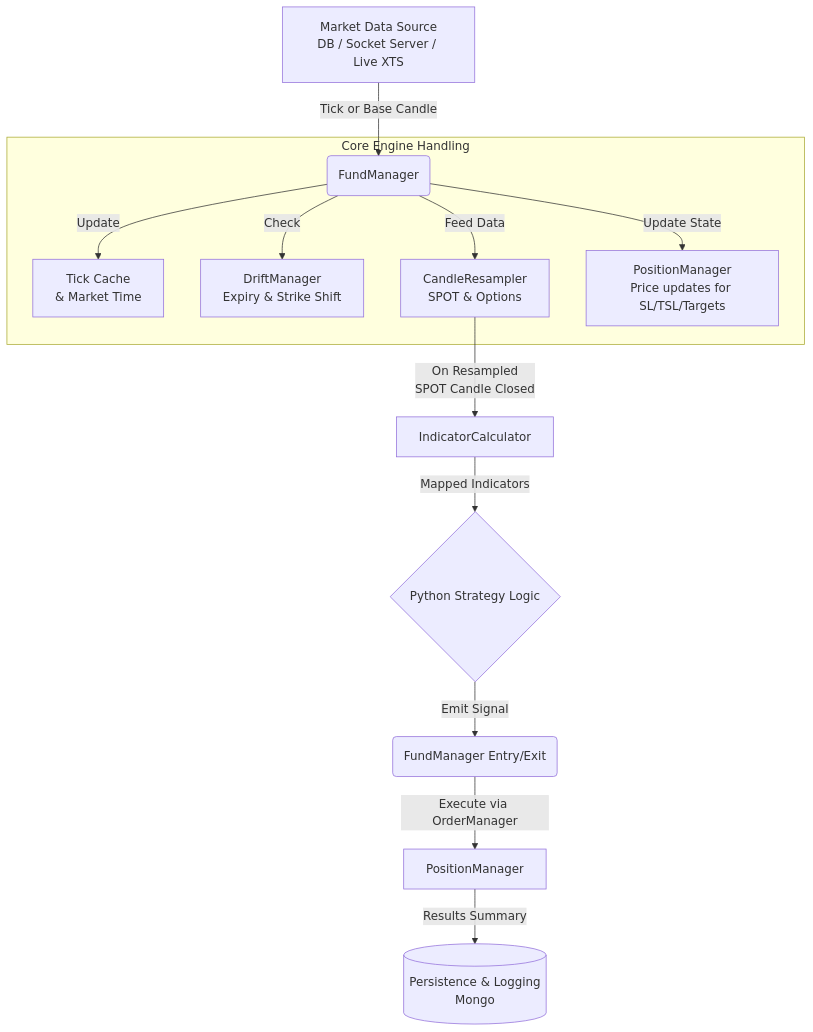
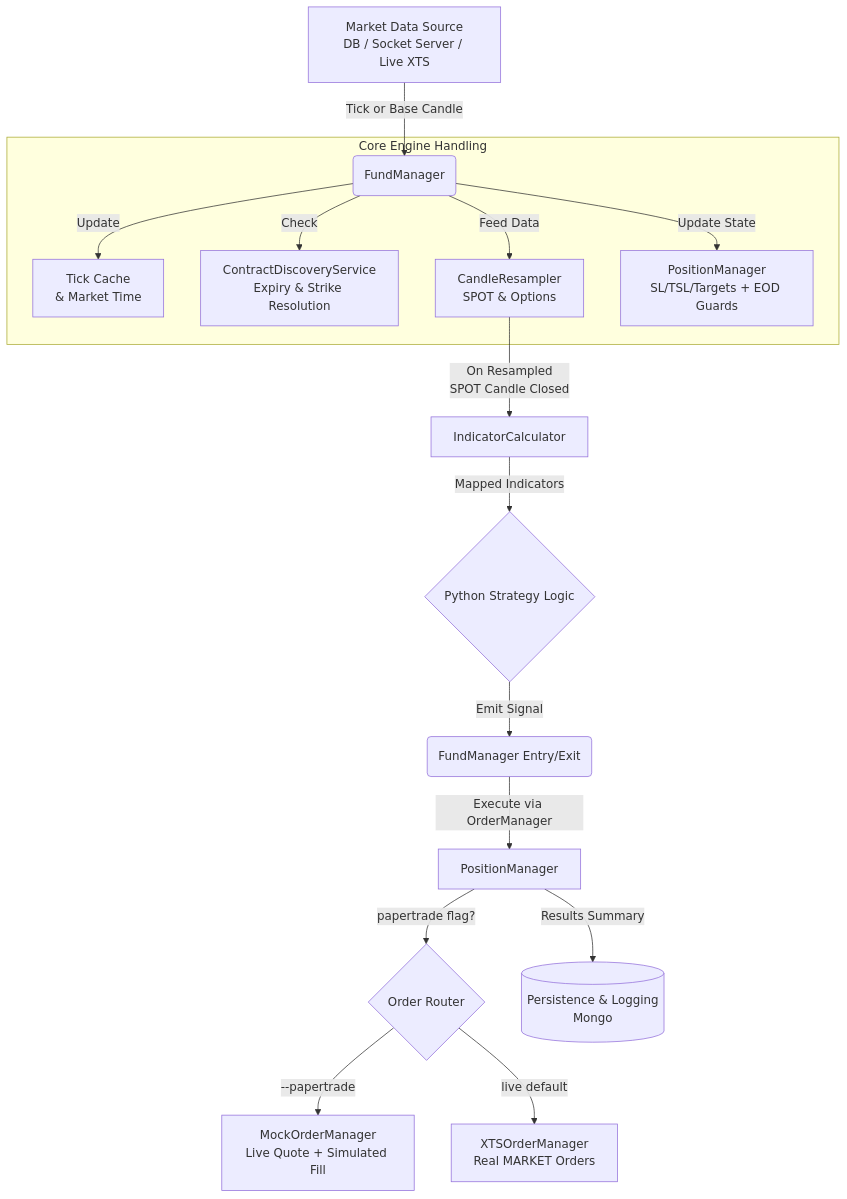
One commit to mrin9/tradebot-python changed the first of 3 diagrams in docs/functional_design.md. Above: the diagram before and after it, drawn with Mermaid. The commit also changed other lines of this file and 15 other files, not shown here.

Commit message:
added order placements and status mock and real both using the --papertrade flag

````diff
--- a/docs/functional_design.md
+++ b/docs/functional_design.md
@@ -11,18 +11,22 @@
 ```mermaid
 flowchart TD
     A[Market Data Source\nDB / Socket Server / Live XTS] -->|Tick or Base Candle| B(FundManager)
     
     subgraph Core Engine Handling
     B -->|Update| C[Tick Cache\n& Market Time]
-    B -->|Check| D[DriftManager\nExpiry & Strike Shift]
+    B -->|Check| D[ContractDiscoveryService\nExpiry & Strike Resolution]
     B -->|Feed Data| E[CandleResampler\nSPOT & Options]
-    B -->|Update State| F[PositionManager\nPrice updates for SL/TSL/Targets]
+    B -->|Update State| F[PositionManager\nSL/TSL/Targets + EOD Guards]
     end
     
     E -->|On Resampled\nSPOT Candle Closed| G[IndicatorCalculator]
     G -->|Mapped Indicators| H{Python Strategy Logic}
     H -->|Emit Signal| I(FundManager Entry/Exit)
     I -->|Execute via OrderManager| J[PositionManager]
     
-    J -->|Results Summary| K[(Persistence & Logging\nMongo)]
+    J -->|papertrade flag?| K{Order Router}
+    K -->|--papertrade| L[MockOrderManager\nLive Quote + Simulated Fill]
+    K -->|live default| M[XTSOrderManager\nReal MARKET Orders]
+    
+    J -->|Results Summary| N[(Persistence & Logging\nMongo)]
 ```
````
